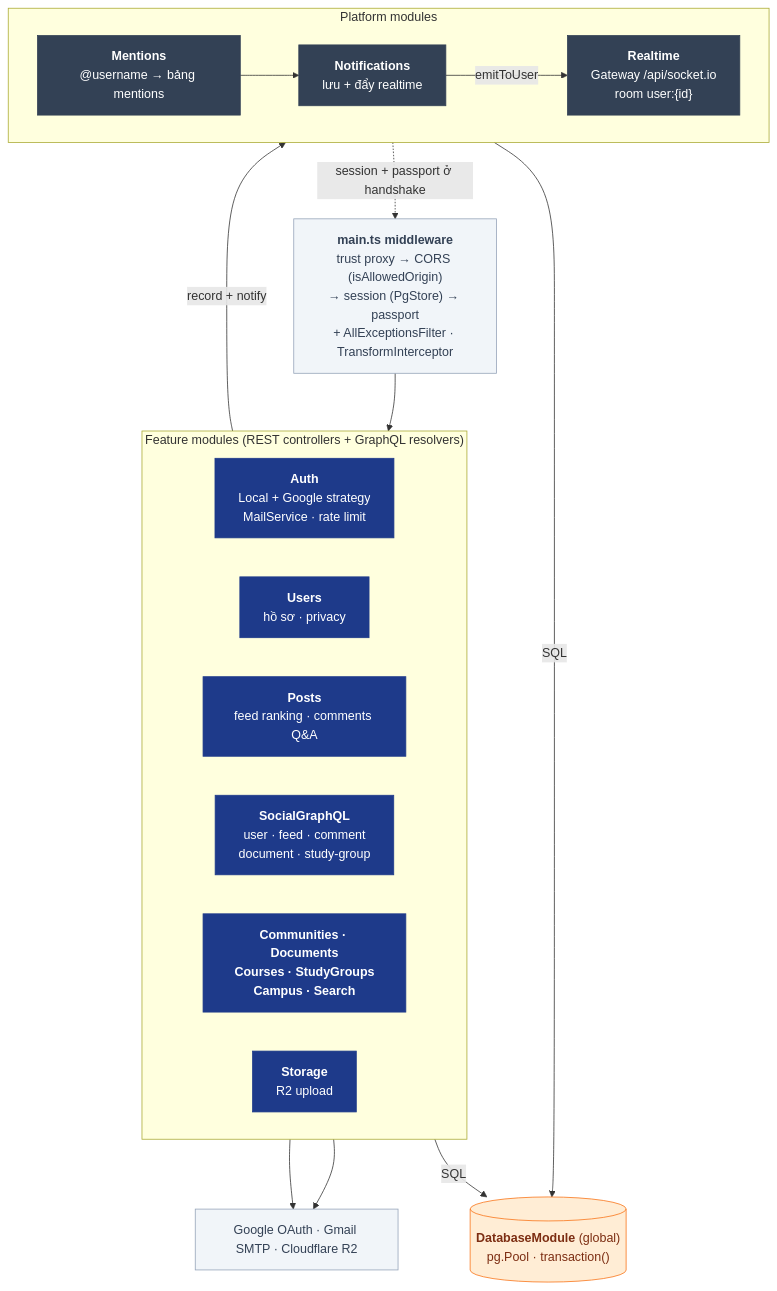
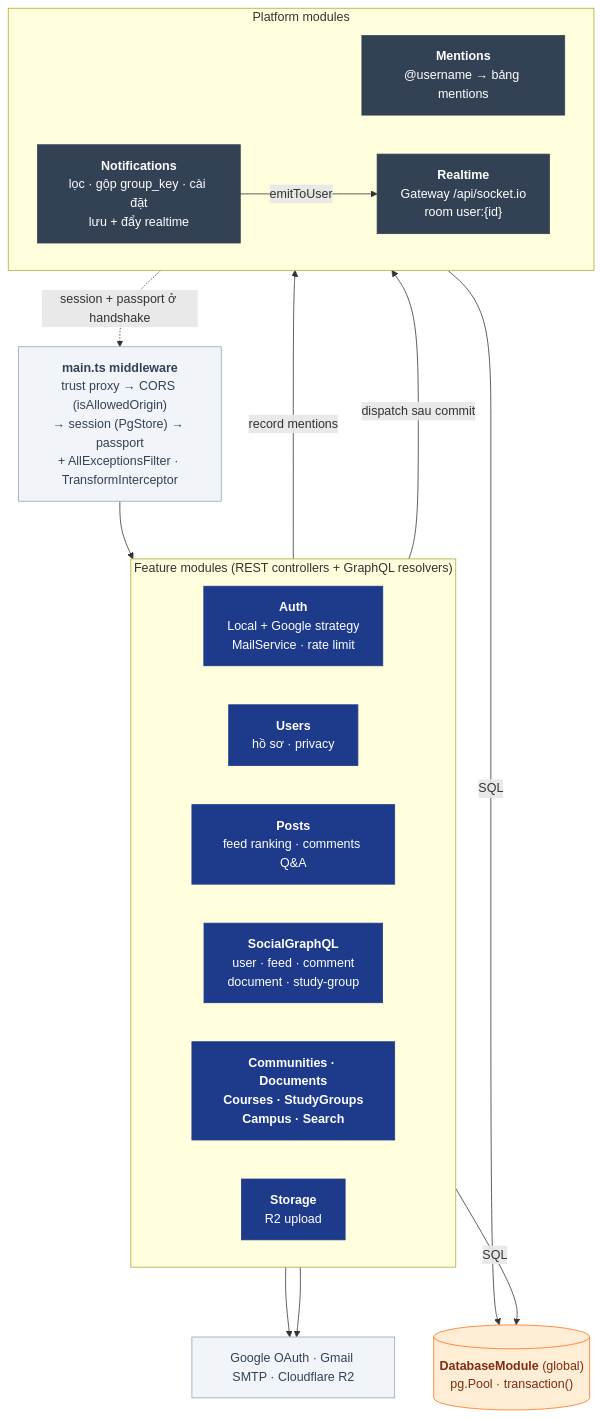
The diagram in docs/diagrams/03-api-components.md (nhatcoi/pu-connect), drawn with Mermaid before and after one commit. The commit also changed other lines of this file and 5 other files, not shown here.

Commit message:
docs: notification v1 spec, diagrams and ERD

````diff
--- a/docs/diagrams/03-api-components.md
+++ b/docs/diagrams/03-api-components.md
@@ -7,40 +7,41 @@
 ```mermaid
 flowchart TB
   mw["<b>main.ts middleware</b><br/>trust proxy → CORS (isAllowedOrigin)<br/>→ session (PgStore) → passport<br/>+ AllExceptionsFilter · TransformInterceptor"]
 
   subgraph Feature["Feature modules (REST controllers + GraphQL resolvers)"]
     direction LR
     auth["<b>Auth</b><br/>Local + Google strategy<br/>MailService · rate limit"]
     users["<b>Users</b><br/>hồ sơ · privacy"]
     posts["<b>Posts</b><br/>feed ranking · comments Q&A"]
     gql["<b>SocialGraphQL</b><br/>user · feed · comment<br/>document · study-group"]
     others["<b>Communities · Documents<br/>Courses · StudyGroups<br/>Campus · Search</b>"]
     storage["<b>Storage</b><br/>R2 upload"]
   end
 
   subgraph Platform["Platform modules"]
     direction LR
     mentions["<b>Mentions</b><br/>@username → bảng mentions"]
-    notif["<b>Notifications</b><br/>lưu + đẩy realtime"]
+    notif["<b>Notifications</b><br/>lọc · gộp group_key · cài đặt<br/>lưu + đẩy realtime"]
     rt["<b>Realtime</b><br/>Gateway /api/socket.io<br/>room user:{id}"]
   end
 
   db[("<b>DatabaseModule</b> (global)<br/>pg.Pool · transaction()")]
   ext["Google OAuth · Gmail SMTP · Cloudflare R2"]
 
   mw --> Feature
-  posts -->|record + notify| mentions --> notif -->|emitToUser| rt
+  posts -->|record mentions| mentions
+  Feature -->|dispatch sau commit| notif -->|emitToUser| rt
   rt -. session + passport ở handshake .-> mw
   Feature -->|SQL| db
   Platform -->|SQL| db
   auth & storage --> ext
 
   classDef mod fill:#1e3a8a,stroke:#1e3a8a,color:#fff
   classDef plat fill:#334155,stroke:#334155,color:#fff
   classDef store fill:#ffedd5,stroke:#f97316,color:#7c2d12
   classDef external fill:#f1f5f9,stroke:#94a3b8,color:#334155
   class auth,users,posts,communities,others,storage,gql mod
   class mentions,notif,rt plat
   class db store
   class ext,mw external
 ```
````
